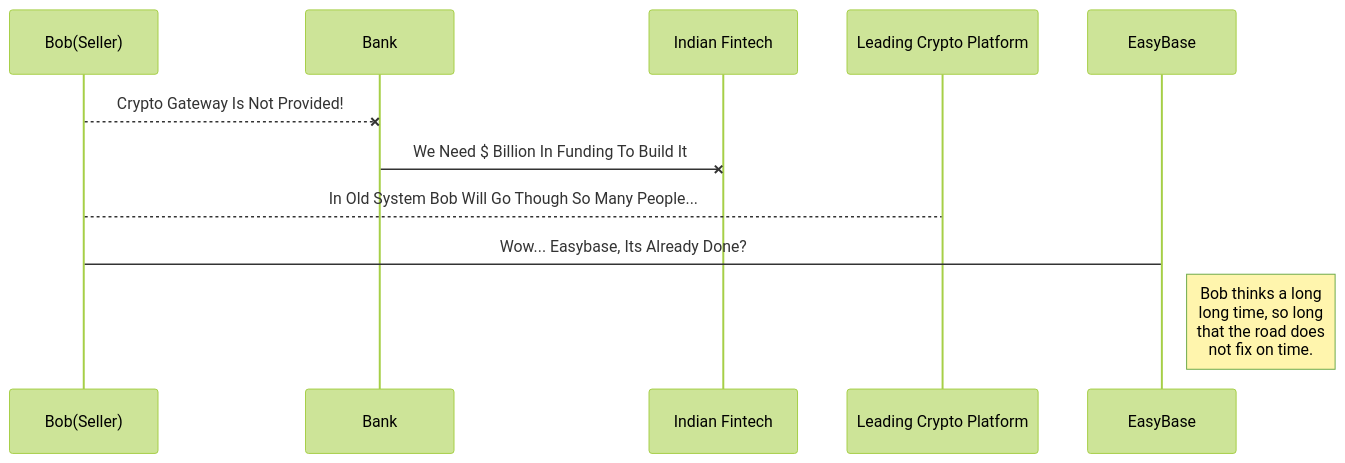
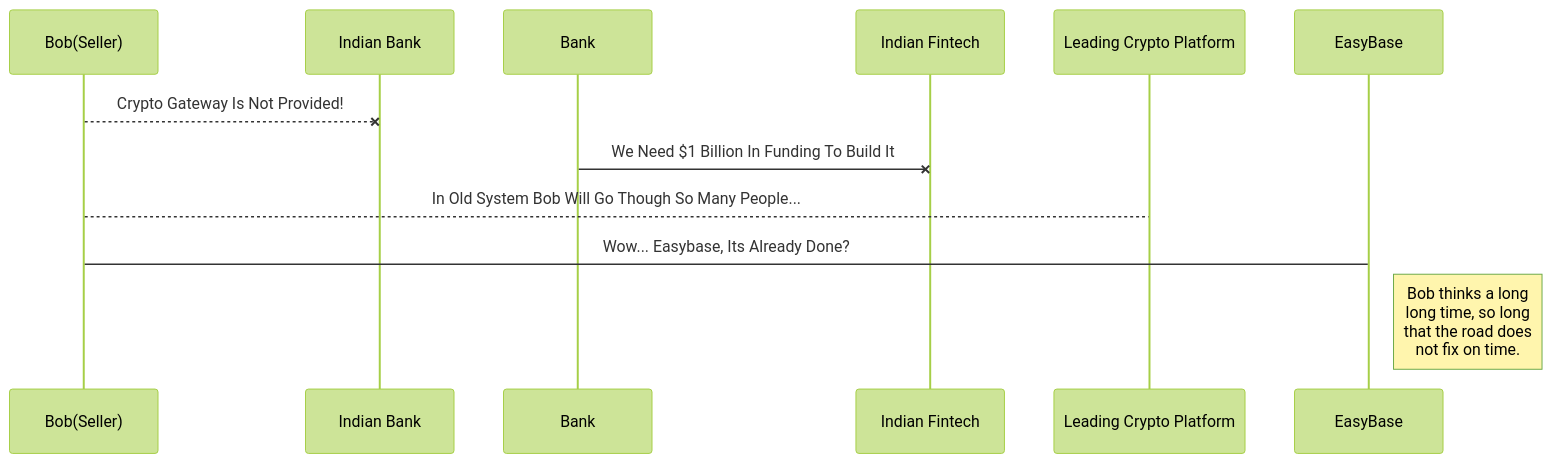
One commit to speedily/easyb changed the first of 2 diagrams in README.md. Above: the diagram before and after it, drawn with Mermaid (forest theme).

````diff
--- a/README.md
+++ b/README.md
@@ -39,11 +39,11 @@
 ```mermaid
 sequenceDiagram
 
-Bob(Seller)--x Bank: Crypto Gateway Is Not Provided!
-Bank-x Indian Fintech: We Need $ Billion In Funding To Build It
+Bob(Seller)--x Indian Bank: Crypto Gateway Is Not Provided!
+Bank-x Indian Fintech: We Need $1 Billion In Funding To Build It
 
 
 Bob(Seller)-->Leading Crypto Platform: In Old System Bob Will Go Though So Many People...
 Bob(Seller)->EasyBase: Wow... Easybase, Its Already Done?
 Note right of EasyBase: Bob thinks a long<br/>long time, so long<br/>that the road does<br/>not fix on time.
 ```
````
